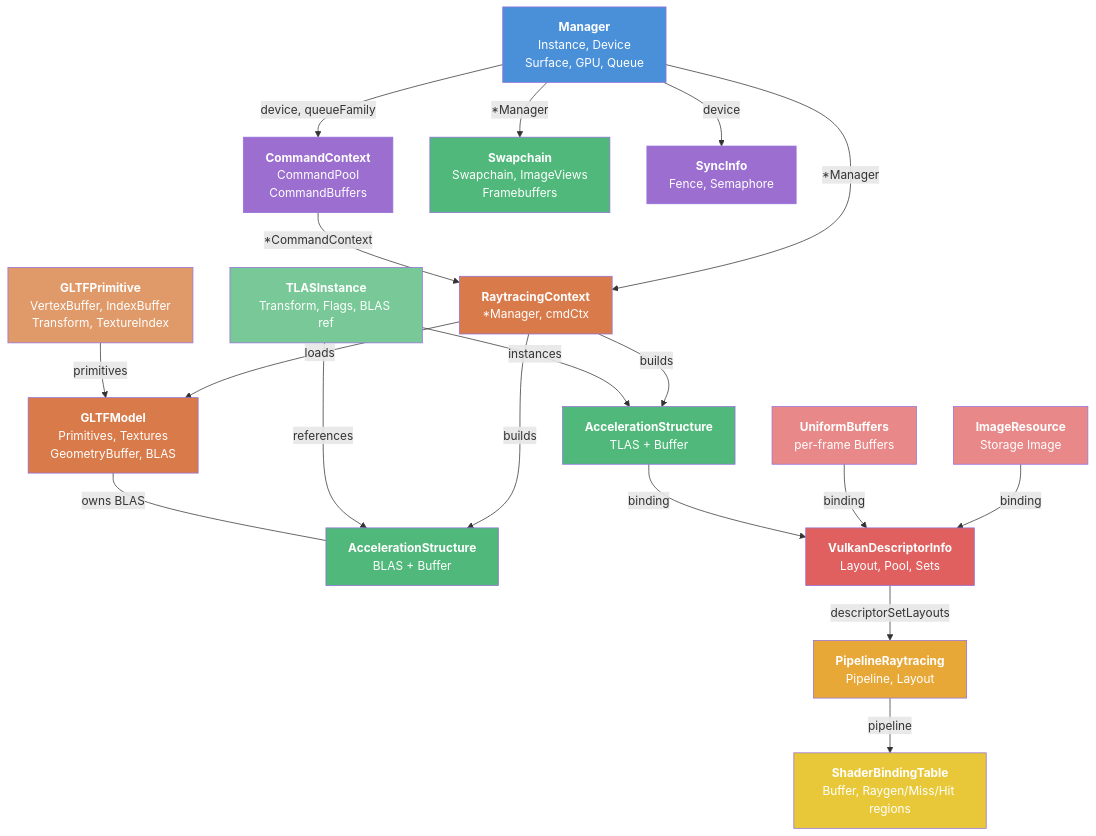
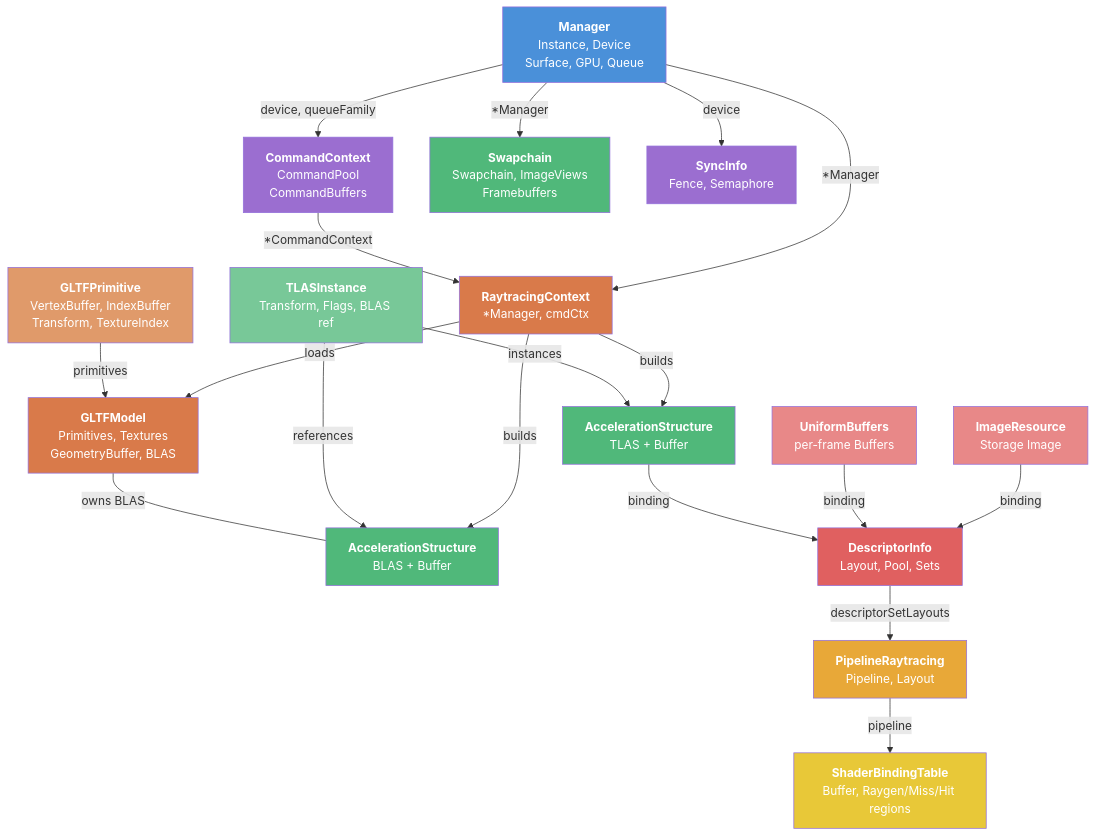
Before and after one commit to tomas-mraz/vulkan-ash-go: the second of 2 diagrams in API.md, drawn with Mermaid. The commit also changed other lines of this file and 3 other files, not shown here.

````diff
--- a/API.md
+++ b/API.md
@@ -46,56 +46,56 @@
 ```mermaid
 graph TD
     M["<b>Manager</b><br/>Instance, Device<br/>Surface, GPU, Queue"]
     CC["<b>CommandContext</b><br/>CommandPool<br/>CommandBuffers"]
     RC["<b>RaytracingContext</b><br/>*Manager, cmdCtx"]
 
     BLAS["<b>AccelerationStructure</b><br/>BLAS + Buffer"]
     TLAS["<b>AccelerationStructure</b><br/>TLAS + Buffer"]
     TI["<b>TLASInstance</b><br/>Transform, Flags, BLAS ref"]
 
     PT["<b>PipelineRaytracing</b><br/>Pipeline, Layout"]
     SBT["<b>ShaderBindingTable</b><br/>Buffer, Raygen/Miss/Hit regions"]
 
     GM["<b>GLTFModel</b><br/>Primitives, Textures<br/>GeometryBuffer, BLAS"]
     GP["<b>GLTFPrimitive</b><br/>VertexBuffer, IndexBuffer<br/>Transform, TextureIndex"]
 
-    DI["<b>VulkanDescriptorInfo</b><br/>Layout, Pool, Sets"]
+    DI["<b>DescriptorInfo</b><br/>Layout, Pool, Sets"]
     UB["<b>UniformBuffers</b><br/>per-frame Buffers"]
     IR["<b>ImageResource</b><br/>Storage Image"]
     SW["<b>Swapchain</b><br/>Swapchain, ImageViews<br/>Framebuffers"]
     SY["<b>SyncInfo</b><br/>Fence, Semaphore"]
 
     M -->|"*Manager"| RC
     M -->|"device, queueFamily"| CC
     M -->|"*Manager"| SW
     M -->|"device"| SY
     CC -->|"*CommandContext"| RC
     RC -->|"builds"| BLAS
     RC -->|"builds"| TLAS
     TI -->|"references"| BLAS
     TI -->|"instances"| TLAS
     RC -->|"loads"| GM
     GP -->|"primitives"| GM
     GM ---|"owns BLAS"| BLAS
     IR -->|"binding"| DI
     UB -->|"binding"| DI
     TLAS -->|"binding"| DI
     DI -->|"descriptorSetLayouts"| PT
     PT -->|"pipeline"| SBT
 
     style M fill:#4a90d9,color:#fff
     style CC fill:#9b6ed0,color:#fff
     style RC fill:#d97a4a,color:#fff
     style BLAS fill:#50b87a,color:#fff
     style TLAS fill:#50b87a,color:#fff
     style TI fill:#78c898,color:#fff
     style PT fill:#e8a838,color:#fff
     style SBT fill:#e8c838,color:#fff
     style GM fill:#d97a4a,color:#fff
     style GP fill:#e09a6a,color:#fff
     style DI fill:#e06060,color:#fff
     style UB fill:#e88888,color:#fff
     style IR fill:#e88888,color:#fff
     style SW fill:#50b87a,color:#fff
     style SY fill:#9b6ed0,color:#fff
 ```
````
